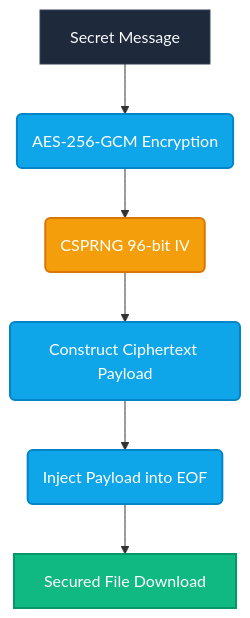
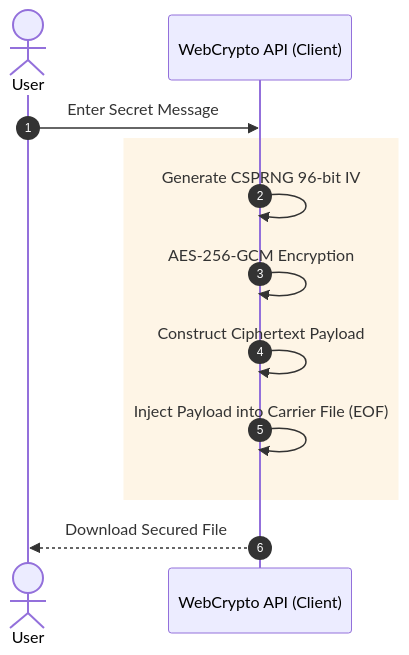
The second of 2 diagrams in README.md (kirtanpatel2201/CryptoSeal), drawn with Mermaid before and after one commit. The commit also changed other lines of this file, not shown here.

````diff
--- a/README.md
+++ b/README.md
@@ -96,13 +77,15 @@
 ```mermaid
-graph TD
-    classDef default fill:#1e293b,stroke:#334155,stroke-width:1px,color:#f8fafc;
-    classDef process fill:#0ea5e9,stroke:#0284c7,stroke-width:2px,color:#ffffff;
-    classDef crypto fill:#f59e0b,stroke:#d97706,stroke-width:2px,color:#ffffff;
-    classDef output fill:#10b981,stroke:#059669,stroke-width:2px,color:#ffffff;
+sequenceDiagram
+    autonumber
+    actor User
+    participant Browser as WebCrypto API (Client)
 
-    A[Secret Message] --> B(AES-256-GCM Encryption):::process
-    B --> C(CSPRNG 96-bit IV):::crypto
-    C --> D(Construct Ciphertext Payload):::process
-    D --> E(Inject Payload into EOF):::process
-    E --> F[Secured File Download]:::output
+    User->>Browser: Enter Secret Message
+    rect rgba(245, 158, 11, 0.1)
+    Browser->>Browser: Generate CSPRNG 96-bit IV
+    Browser->>Browser: AES-256-GCM Encryption
+    Browser->>Browser: Construct Ciphertext Payload
+    Browser->>Browser: Inject Payload into Carrier File (EOF)
+    end
+    Browser-->>User: Download Secured File
 ```
````
